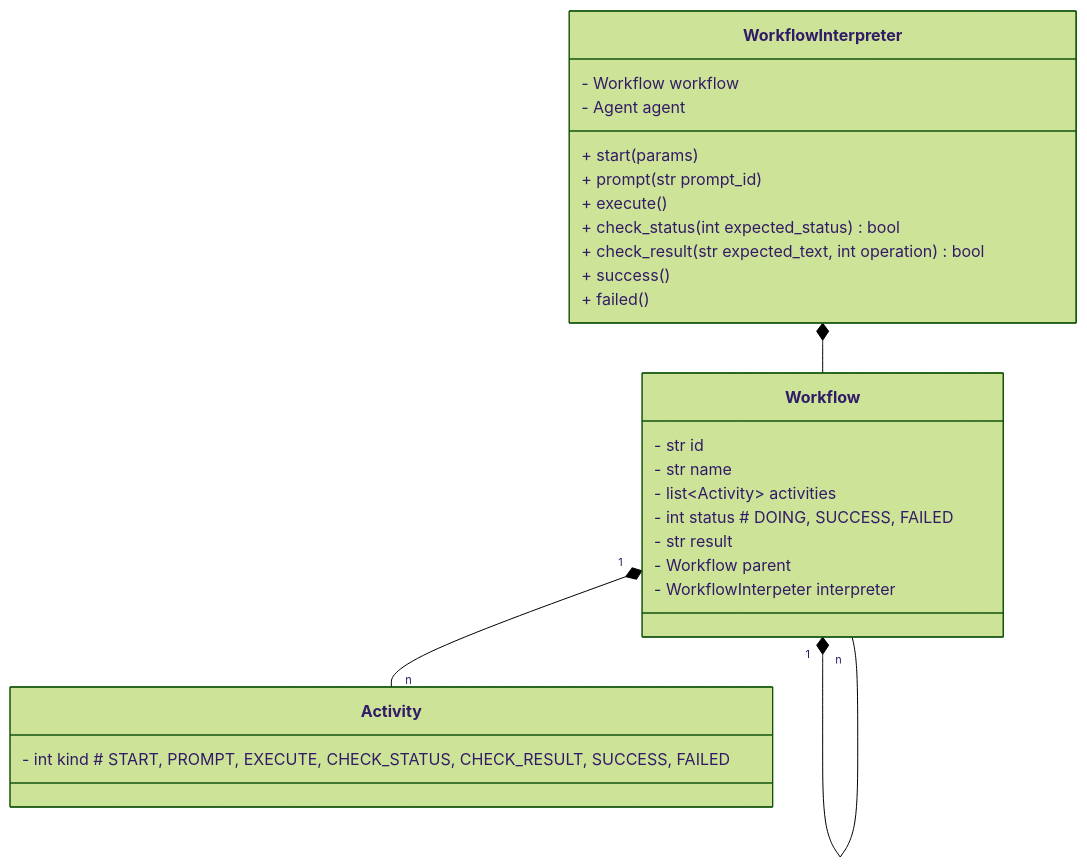
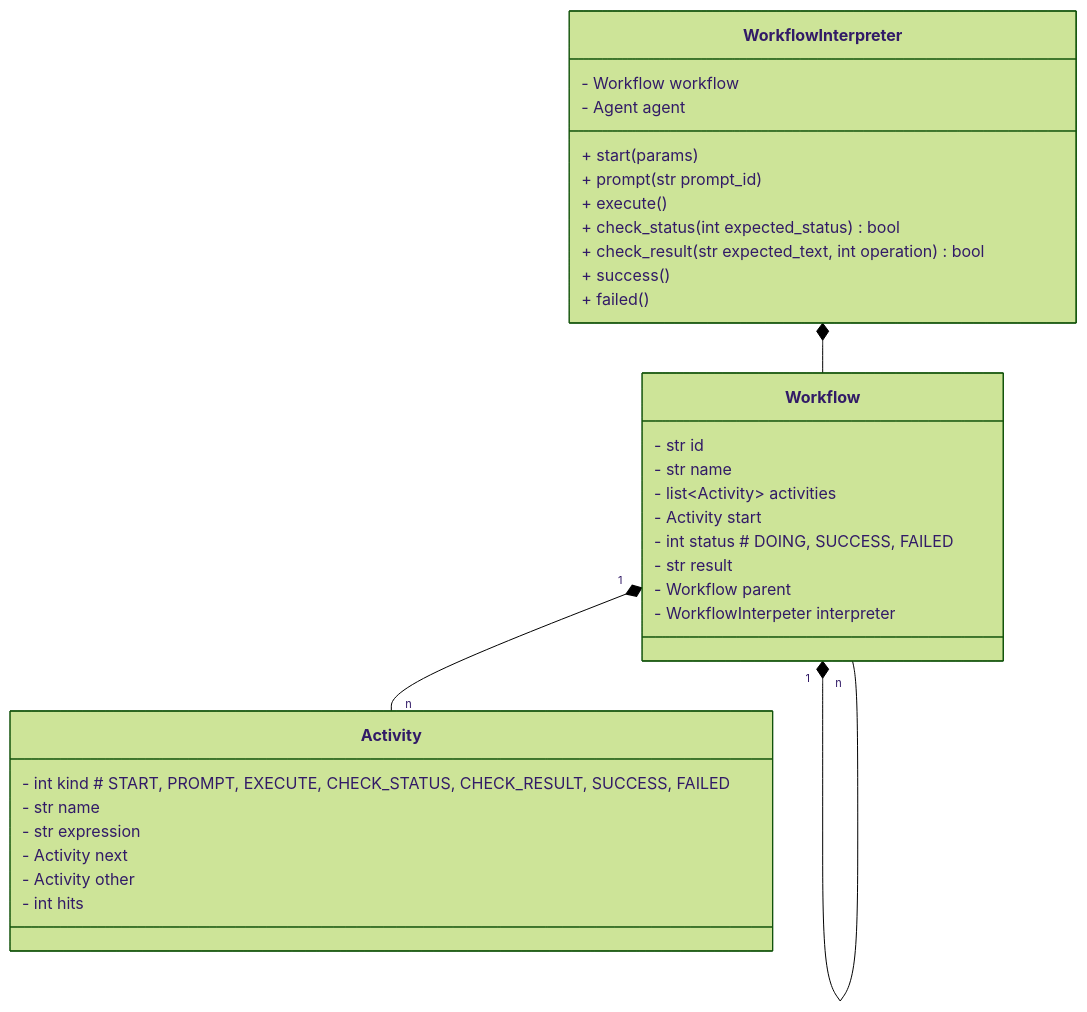
Before and after one commit to BernLeWal/AICodeMentor: the first of 2 diagrams in docs/workflow.md, drawn with Mermaid (forest theme). The commit also changed 9 other files, not shown here.

````diff
--- a/docs/workflow.md
+++ b/docs/workflow.md
@@ -14,32 +14,38 @@
 ```mermaid
 classDiagram
     class Workflow {
         - str id
         - str name
         - list~Activity~ activities
+        - Activity start
 
         - int status # DOING, SUCCESS, FAILED
         - str result
         - Workflow parent
         - WorkflowInterpeter interpreter
     }
     Workflow "1" *-- "n" Workflow
 
     class WorkflowInterpreter {
         - Workflow workflow
         - Agent agent
         + start(params)
         + prompt(str prompt_id)
         + execute()
         + check_status(int expected_status) bool
         + check_result(str expected_text, int operation) bool
         + success()
         + failed()
     }
     WorkflowInterpreter *-- Workflow
 
     class Activity {
         - int kind # START, PROMPT, EXECUTE, CHECK_STATUS, CHECK_RESULT, SUCCESS, FAILED
+        - str name
+        - str expression
+        - Activity next
+        - Activity other
+        - int hits
     }
     Workflow "1" *-- "n" Activity
 ```
````
